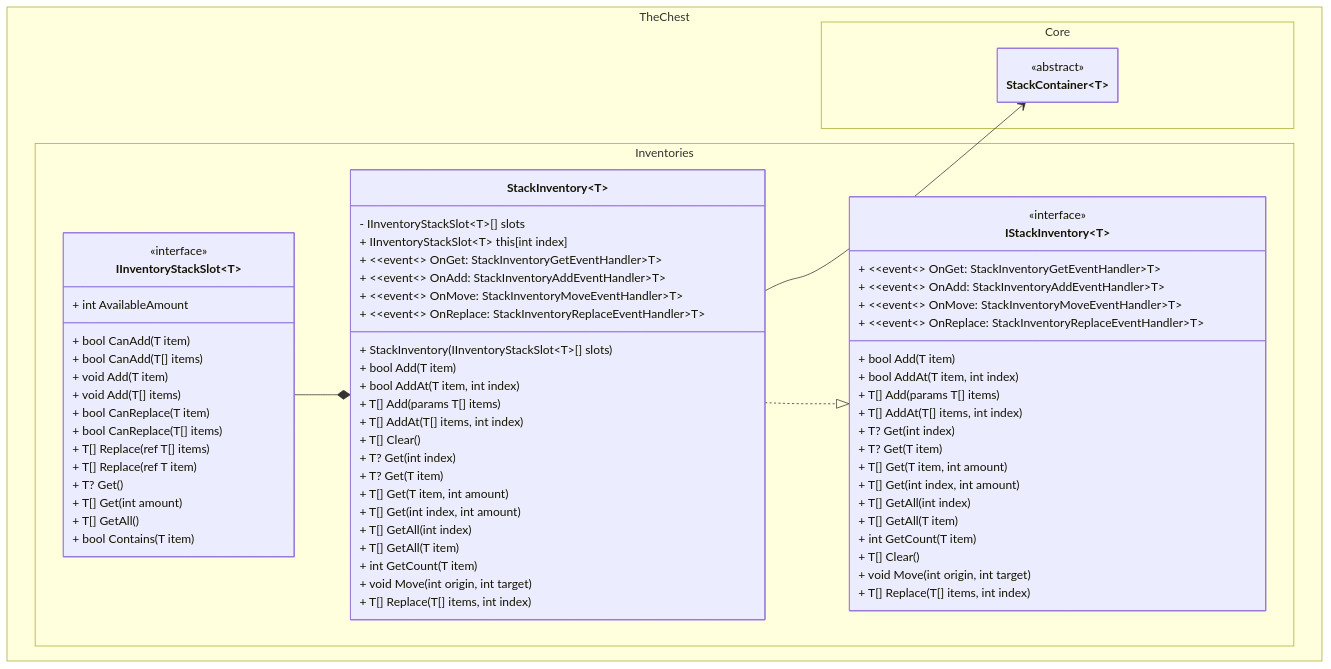
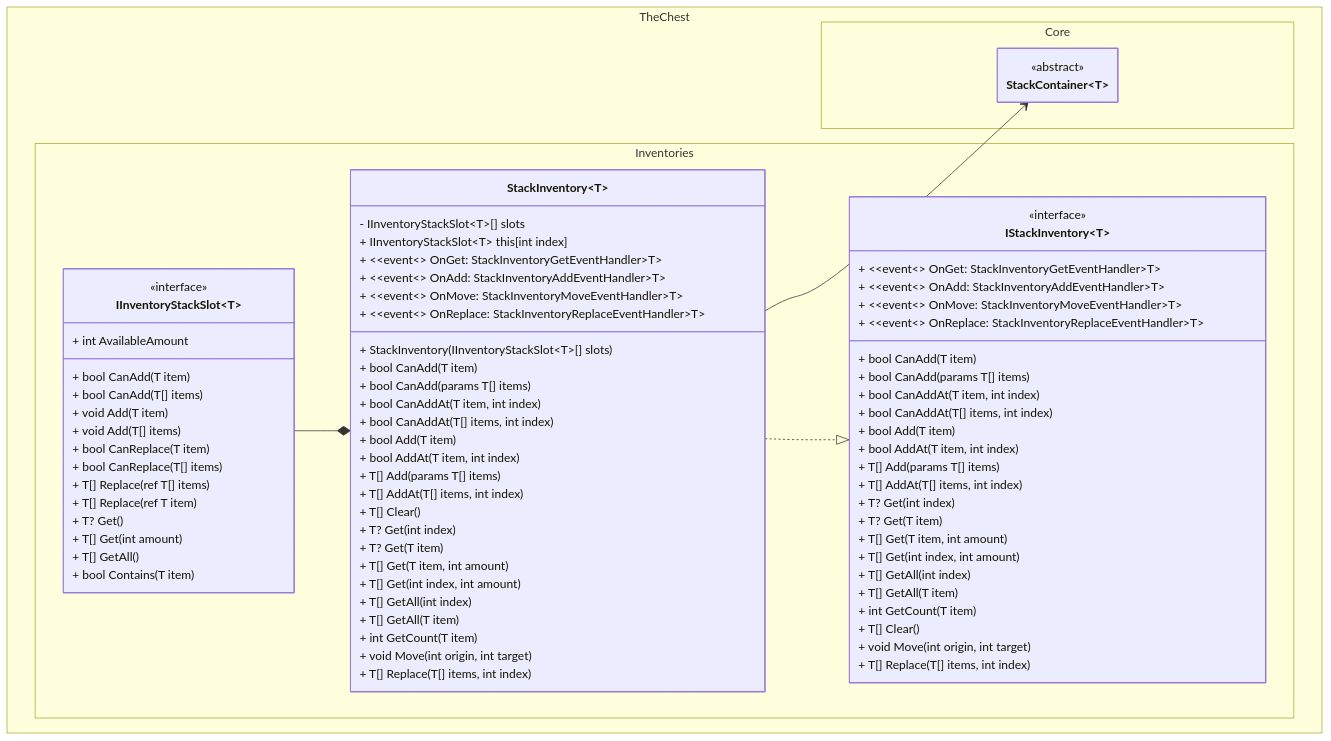
The first of 2 diagrams in docs/stack_inventory/class_diagram.md (The-Chest/TheChest.Inventories), drawn with Mermaid before and after one commit. The commit also changed 1 other file, not shown here.

Commit message:
Improves InventoryStackSlot docs

```diff
--- a/docs/stack_inventory/class_diagram.md
+++ b/docs/stack_inventory/class_diagram.md
@@ -25,19 +25,31 @@
 	        + ~~event~~ OnAdd: StackInventoryAddEventHandler~T~ 
 	        + ~~event~~ OnMove: StackInventoryMoveEventHandler~T~ 
 	        + ~~event~~ OnReplace: StackInventoryReplaceEventHandler~T~ 
+
+            + bool CanAdd(T item)
+	        + bool CanAdd(params T[] items)
+	        + bool CanAddAt(T item, int index)
+	        + bool CanAddAt(T[] items, int index)
+
             + bool Add(T item)
             + bool AddAt(T item, int index)
             + T[] Add(params T[] items)
             + T[] AddAt(T[] items, int index)
+
             + T[] Clear()
+
             + T? Get(int index)
             + T? Get(T item)
             + T[] Get(T item, int amount)
             + T[] Get(int index, int amount)
+
             + T[] GetAll(int index)
             + T[] GetAll(T item)
+
             + int GetCount(T item)
+
             + void Move(int origin, int target)
+
             + T[] Replace(T[] items, int index)
         }    
         class IInventoryStackSlot~T~ {
@@ -60,19 +72,30 @@
 	        + ~~event~~ OnAdd: StackInventoryAddEventHandler~T~ 
 	        + ~~event~~ OnMove: StackInventoryMoveEventHandler~T~ 
 	        + ~~event~~ OnReplace: StackInventoryReplaceEventHandler~T~ 
+
+            + bool CanAdd(T item)
+	        + bool CanAdd(params T[] items)
+	        + bool CanAddAt(T item, int index)
+	        + bool CanAddAt(T[] items, int index)
+
             + bool Add(T item)
             + bool AddAt(T item, int index)
             + T[] Add(params T[] items)
             + T[] AddAt(T[] items, int index)
+
             + T? Get(int index)
             + T? Get(T item)
             + T[] Get(T item, int amount)
             + T[] Get(int index, int amount)
             + T[] GetAll(int index)
             + T[] GetAll(T item)
+
             + int GetCount(T item)
+
             + T[] Clear()
+
             + void Move(int origin, int target)
+
             + T[] Replace(T[] items, int index)
         }
     }
```
